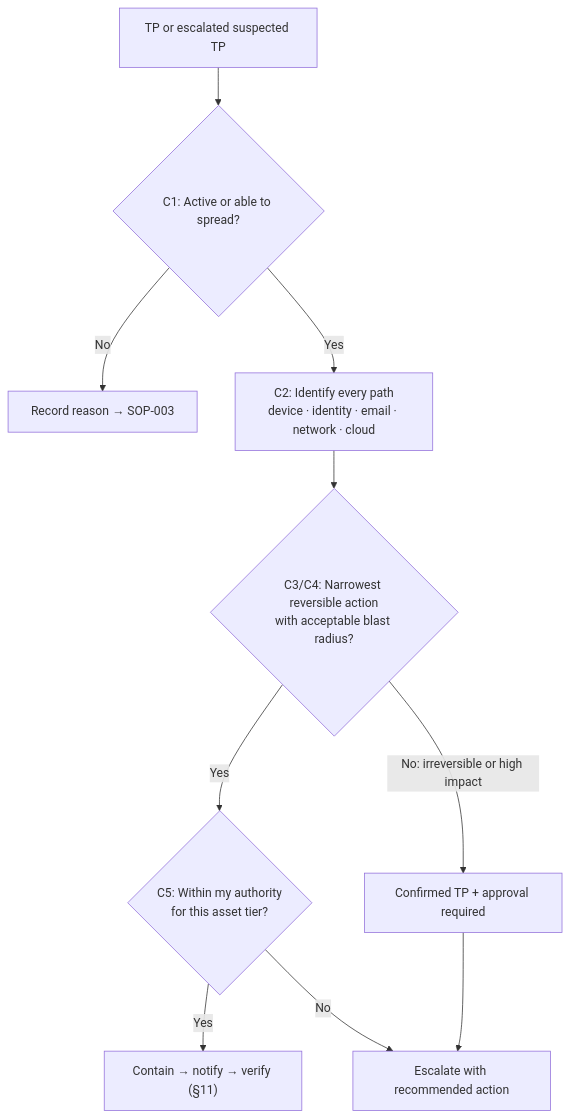
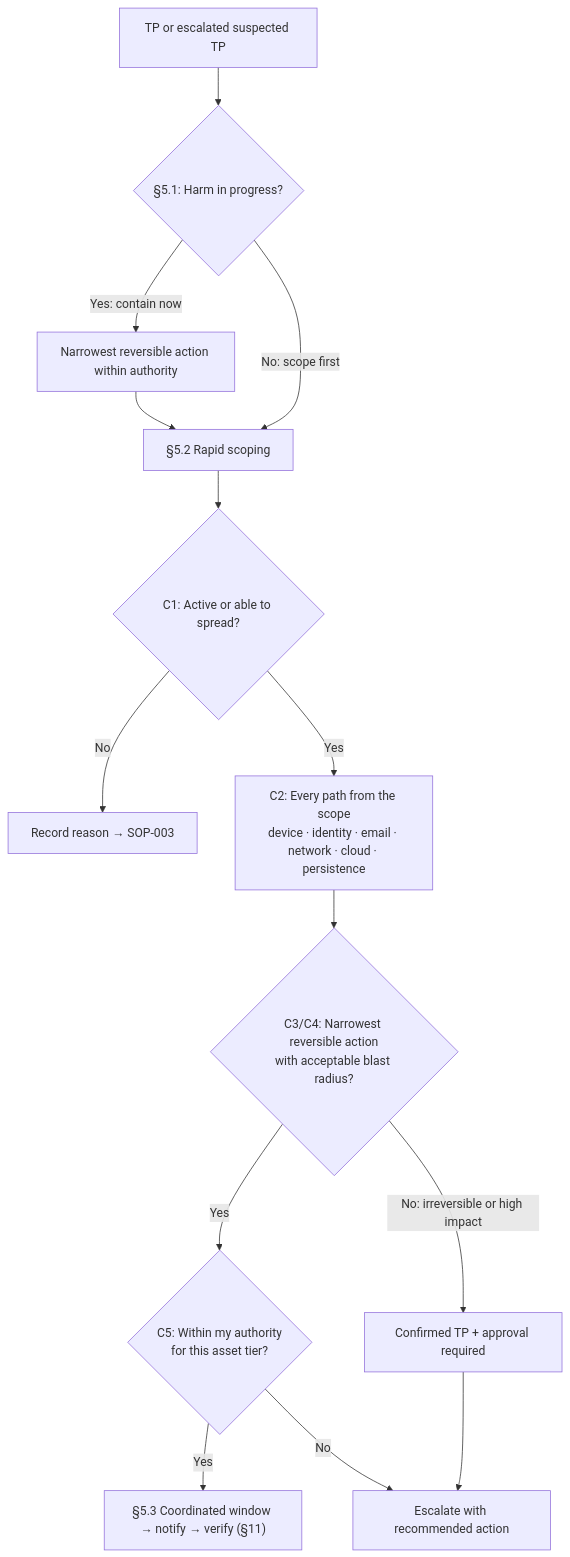
Before and after one commit to Vince-SecOperations/SOC-Portfolio: the diagram in 00-Lab-Setup-and-SOPs/SOP-002-Containment.md, drawn with Mermaid. The commit also changed other lines of this file, not shown here.

````diff
--- a/00-Lab-Setup-and-SOPs/SOP-002-Containment.md
+++ b/00-Lab-Setup-and-SOPs/SOP-002-Containment.md
@@ -81,12 +145,16 @@
 ```mermaid
 flowchart TD
-    A["TP or escalated suspected TP"] --> C1{"C1: Active or able to spread?"}
+    A["TP or escalated suspected TP"] --> M{"§5.1: Harm in progress?"}
+    M -- "Yes: contain now" --> Q["Narrowest reversible action within authority"]
+    Q --> S["§5.2 Rapid scoping"]
+    M -- "No: scope first" --> S
+    S --> C1{"C1: Active or able to spread?"}
     C1 -- "No" --> R["Record reason → SOP-003"]
-    C1 -- "Yes" --> C2["C2: Identify every path<br/>device · identity · email · network · cloud"]
+    C1 -- "Yes" --> C2["C2: Every path from the scope<br/>device · identity · email · network · cloud · persistence"]
     C2 --> C3{"C3/C4: Narrowest reversible action<br/>with acceptable blast radius?"}
     C3 -- "Yes" --> C5{"C5: Within my authority<br/>for this asset tier?"}
     C3 -- "No: irreversible or high impact" --> AP["Confirmed TP + approval required"]
-    C5 -- "Yes" --> ACT["Contain → notify → verify (§11)"]
+    C5 -- "Yes" --> ACT["§5.3 Coordinated window → notify → verify (§11)"]
     C5 -- "No" --> ESC["Escalate with recommended action"]
     AP --> ESC
 ```
````
